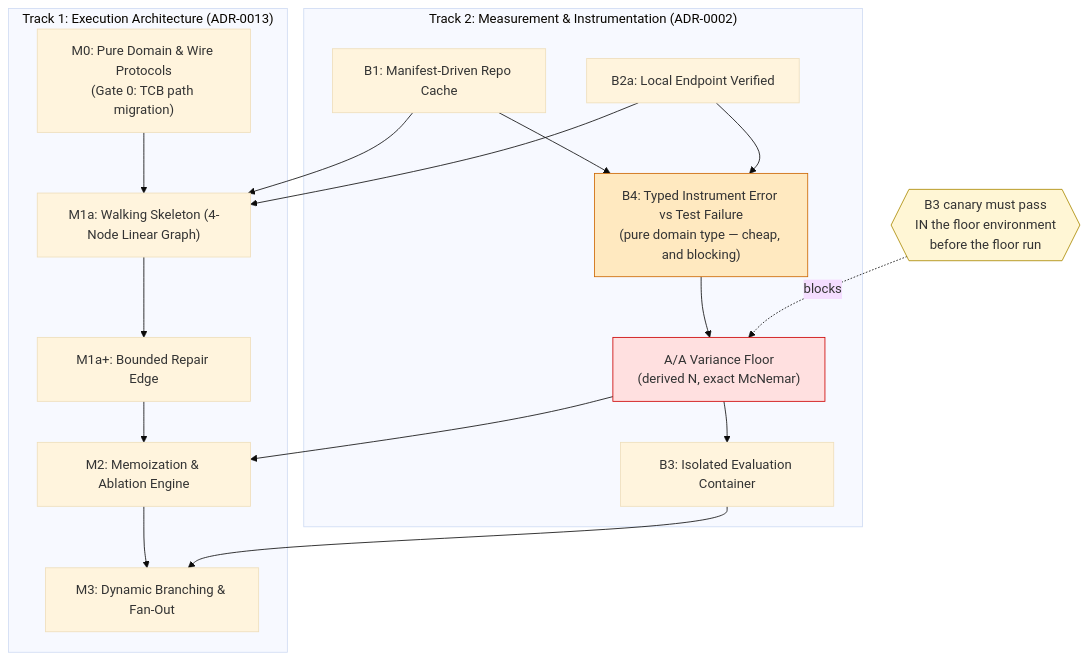
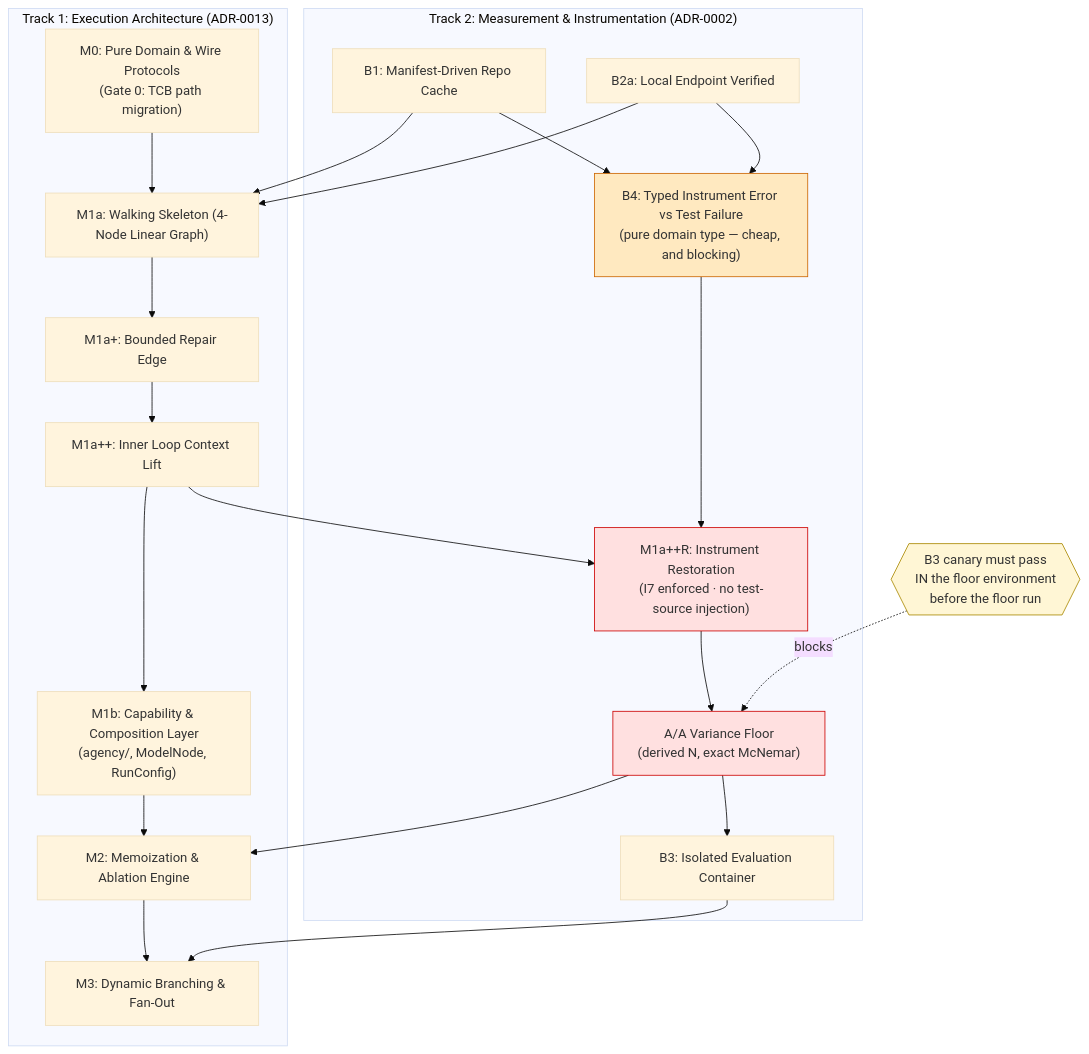
The diagram in docs/agile/roadmap.md (brainopensource/Harness-D-power), drawn with Mermaid (base theme) before and after one commit. The commit also changed other lines of this file and 12 other files, not shown here.

````diff
--- a/docs/agile/roadmap.md
+++ b/docs/agile/roadmap.md
@@ -12,29 +12,35 @@
 ```mermaid
 graph TD
     subgraph "Track 1: Execution Architecture (ADR-0013)"
         M0["M0: Pure Domain & Wire Protocols<br/>(Gate 0: TCB path migration)"] --> M1a["M1a: Walking Skeleton (4-Node Linear Graph)"]
         M1a --> M1ap["M1a+: Bounded Repair Edge"]
-        M1ap --> M2["M2: Memoization & Ablation Engine"]
+        M1ap --> M1app["M1a++: Inner Loop Context Lift"]
+        M1app --> M1b["M1b: Capability & Composition Layer<br/>(agency/, ModelNode, RunConfig)"]
+        M1b --> M2["M2: Memoization & Ablation Engine"]
         M2 --> M3["M3: Dynamic Branching & Fan-Out"]
     end
 
     subgraph "Track 2: Measurement & Instrumentation (ADR-0002)"
         B1["B1: Manifest-Driven Repo Cache"] --> B4
         B2["B2a: Local Endpoint Verified"] --> B4
         B4["B4: Typed Instrument Error vs Test Failure<br/>(pure domain type — cheap, and blocking)"]
-        B4 --> AA["A/A Variance Floor<br/>(derived N, exact McNemar)"]
+        B4 --> R["M1a++R: Instrument Restoration<br/>(I7 enforced · no test-source injection)"]
+        R --> AA["A/A Variance Floor<br/>(derived N, exact McNemar)"]
         AA --> B3["B3: Isolated Evaluation Container"]
     end
 
     B1 --> M1a
     B2 --> M1a
+    M1app --> R
     AA --> M2
     B3 --> M3
+
+    style R fill:#ffe0e0,stroke:#c00
 
     CANARY{{"B3 canary must pass<br/>IN the floor environment<br/>before the floor run"}}
     CANARY -.blocks.-> AA
 
     style B4 fill:#ffe9c0,stroke:#c60
     style AA fill:#ffe0e0,stroke:#c00
     style CANARY fill:#fff6d5,stroke:#a80
 ```
````
